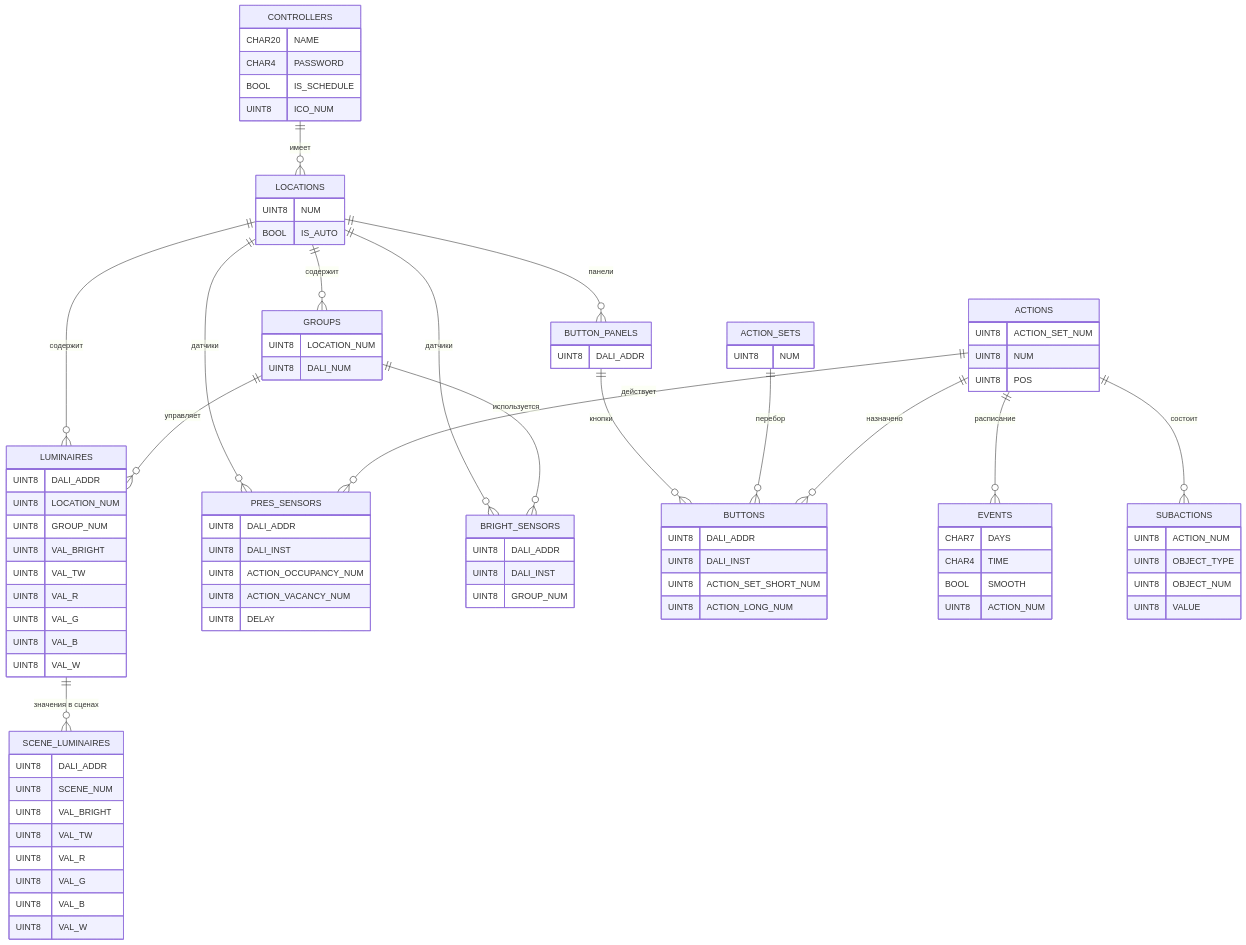
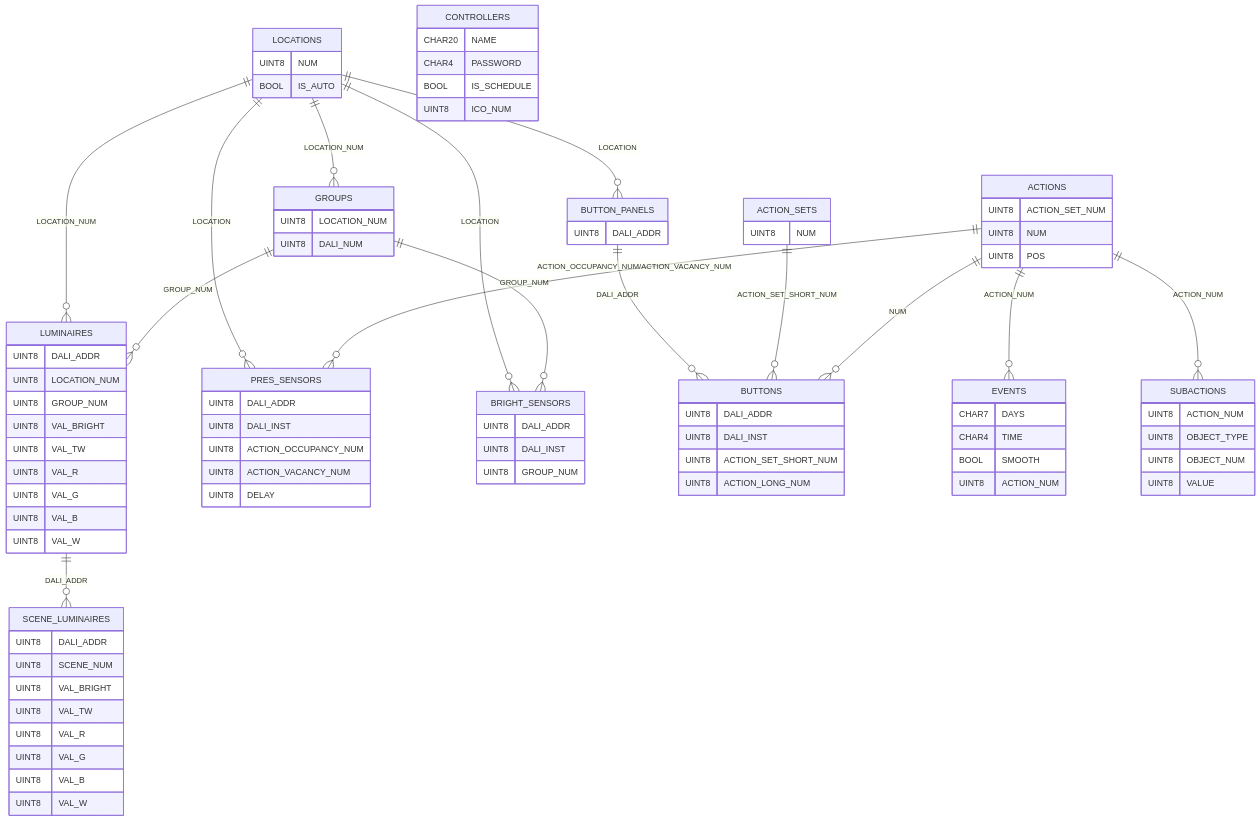
One commit to KhudyakovAlex/Synapse changed the diagram in PDS/SynapsePDS_FW_DB_scheme.md. Above: the diagram before and after it, drawn with Mermaid. The commit also changed 5 other files, not shown here.

````diff
--- a/PDS/SynapsePDS_FW_DB_scheme.md
+++ b/PDS/SynapsePDS_FW_DB_scheme.md
@@ -7,20 +7,19 @@
 ```mermaid
 erDiagram
-    CONTROLLERS ||--o{ LOCATIONS : "имеет"
-    LOCATIONS ||--o{ LUMINAIRES : "содержит"
-    LOCATIONS ||--o{ GROUPS : "содержит"
-    LOCATIONS ||--o{ PRES_SENSORS : "датчики"
-    LOCATIONS ||--o{ BRIGHT_SENSORS : "датчики"
-    LOCATIONS ||--o{ BUTTON_PANELS : "панели"
-    GROUPS ||--o{ LUMINAIRES : "управляет"
-    GROUPS ||--o{ BRIGHT_SENSORS : "используется"
-    LUMINAIRES ||--o{ SCENE_LUMINAIRES : "значения в сценах"
-    BUTTON_PANELS ||--o{ BUTTONS : "кнопки"
-    ACTION_SETS ||--o{ BUTTONS : "перебор"
-    ACTIONS ||--o{ BUTTONS : "назначено"
-    ACTIONS ||--o{ PRES_SENSORS : "действует"
-    ACTIONS ||--o{ EVENTS : "расписание"
-    ACTIONS ||--o{ SUBACTIONS : "состоит"
+    LOCATIONS ||--o{ LUMINAIRES : "LOCATION_NUM"
+    LOCATIONS ||--o{ GROUPS : "LOCATION_NUM"
+    LOCATIONS ||--o{ PRES_SENSORS : "LOCATION"
+    LOCATIONS ||--o{ BRIGHT_SENSORS : "LOCATION"
+    LOCATIONS ||--o{ BUTTON_PANELS : "LOCATION"
+    GROUPS ||--o{ LUMINAIRES : "GROUP_NUM"
+    GROUPS ||--o{ BRIGHT_SENSORS : "GROUP_NUM"
+    LUMINAIRES ||--o{ SCENE_LUMINAIRES : "DALI_ADDR"
+    BUTTON_PANELS ||--o{ BUTTONS : "DALI_ADDR"
+    ACTION_SETS ||--o{ BUTTONS : "ACTION_SET_SHORT_NUM"
+    ACTIONS ||--o{ BUTTONS : "NUM"
+    ACTIONS ||--o{ PRES_SENSORS : "ACTION_OCCUPANCY_NUM/ACTION_VACANCY_NUM"
+    ACTIONS ||--o{ EVENTS : "ACTION_NUM"
+    ACTIONS ||--o{ SUBACTIONS : "ACTION_NUM"
 
     CONTROLLERS {
         CHAR20 NAME
````
